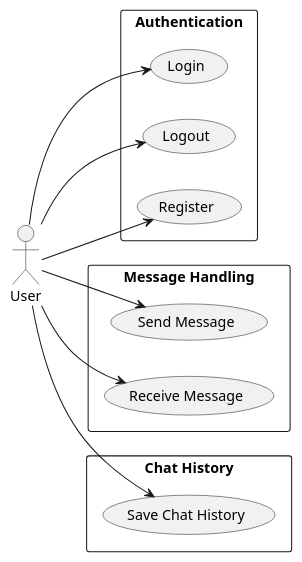
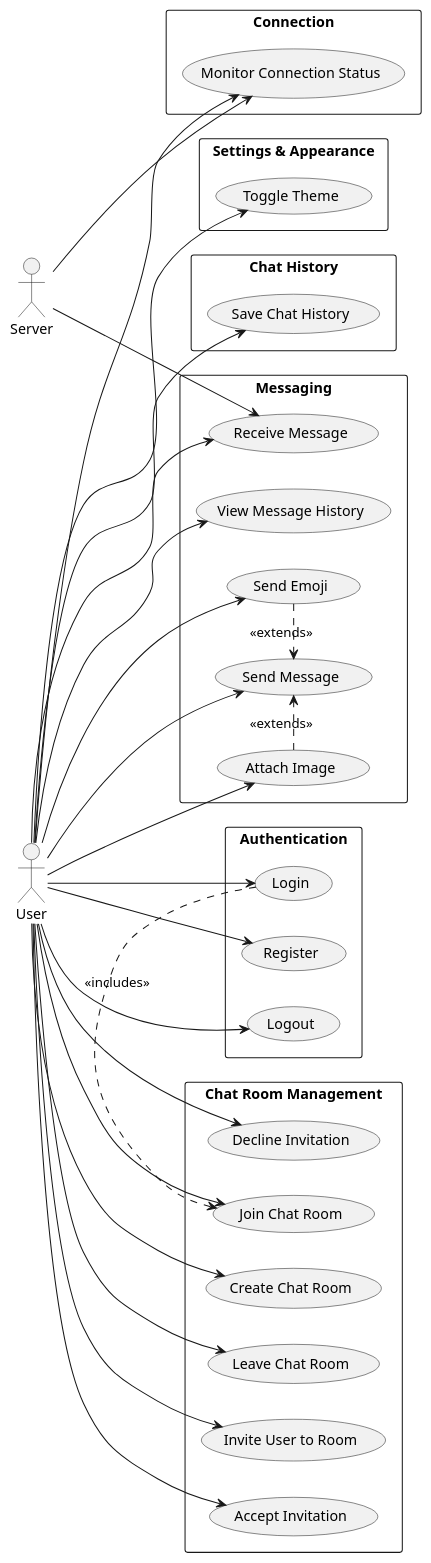
The diagram in docs/UML/use_case.puml (phajj/CSC2620_Hajj_Higgins_Palmer), drawn with PlantUML before and after one commit.

Commit message:
Updated Usecase diagram to include newest features.

```diff
--- a/docs/UML/use_case.puml
+++ b/docs/UML/use_case.puml
@@ -1,28 +1,72 @@
 @startuml UseCase
 left to right direction
 
 actor "User" as U
+actor "Server" as S
 
 rectangle "Authentication" {
-    usecase "Login" as UC1
-    usecase "Logout" as UC2
-    usecase "Register" as UC3
+    usecase "Register" as UC1
+    usecase "Login" as UC2
+    usecase "Logout" as UC3
 }
 
-rectangle "Message Handling" {
-    usecase "Send Message" as UC4
-    usecase "Receive Message" as UC5
+rectangle "Chat Room Management" {
+    usecase "Create Chat Room" as UC4
+    usecase "Join Chat Room" as UC5
+    usecase "Leave Chat Room" as UC6
+    usecase "Invite User to Room" as UC7
+    usecase "Accept Invitation" as UC8
+    usecase "Decline Invitation" as UC9
+}
+
+rectangle "Messaging" {
+    usecase "Send Message" as UC10
+    usecase "Receive Message" as UC11
+    usecase "View Message History" as UC12
+    usecase "Send Emoji" as UC13
+    usecase "Attach Image" as UC14
 }
 
 rectangle "Chat History" {
-    usecase "Save Chat History" as UC6
+    usecase "Save Chat History" as UC15
+}
+
+rectangle "Settings & Appearance" {
+    usecase "Toggle Theme" as UC16
+}
+
+rectangle "Connection" {
+    usecase "Monitor Connection Status" as UC17
 }
 
 U --> UC1
 U --> UC2
 U --> UC3
+
 U --> UC4
 U --> UC5
 U --> UC6
+U --> UC7
+U --> UC8
+U --> UC9
+
+U --> UC10
+U --> UC11
+U --> UC12
+U --> UC13
+UC13 .> UC10 : <<extends>>
+U --> UC14
+UC14 .> UC10 : <<extends>>
+
+U --> UC15
+
+U --> UC16
+
+U --> UC17
+
+S --> UC11
+S --> UC17
+
+UC2 .> UC5 : <<includes>>
 
 @enduml
```
